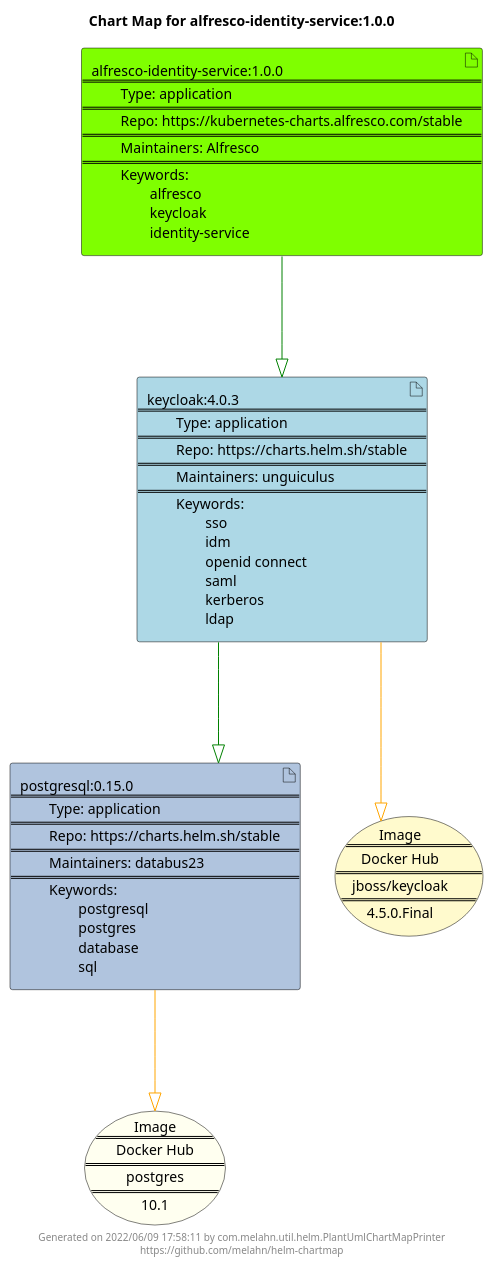
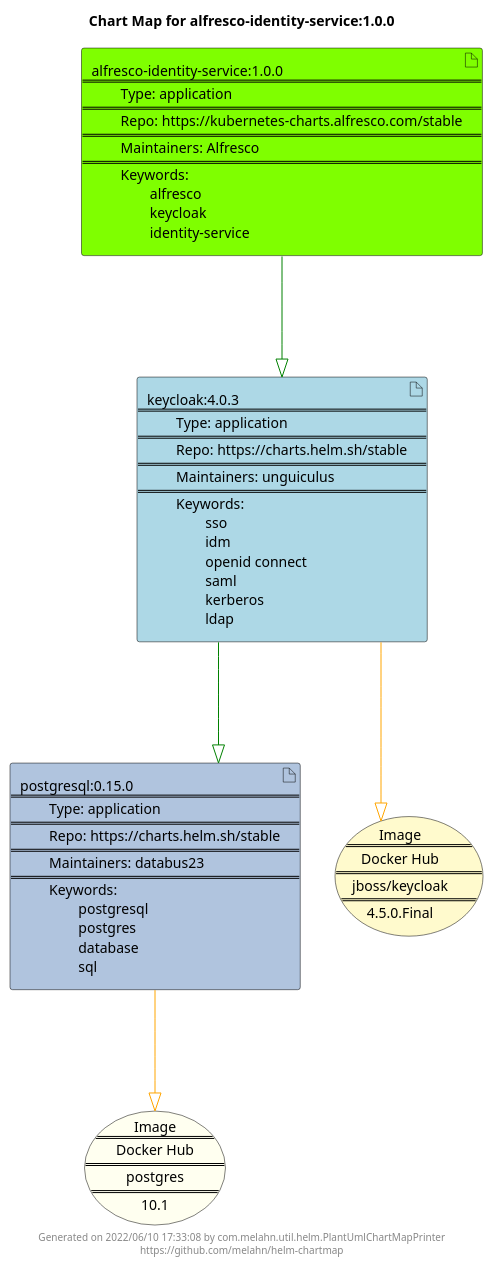
One commit to melahn/helm-chartmap changed the diagram in docs/alfresco-identity-service/alfresco-identity-service-1.0.0.puml. Above: the diagram before and after it, drawn with PlantUML. The commit also changed 58 other files, not shown here.

Commit message:
Update Example Chart Maps as part of GitHub build

```diff
--- a/docs/alfresco-identity-service/alfresco-identity-service-1.0.0.puml
+++ b/docs/alfresco-identity-service/alfresco-identity-service-1.0.0.puml
@@ -1,27 +1,27 @@
 @startuml
 skinparam linetype ortho
 skinparam backgroundColor white
 skinparam usecaseBorderColor black
 skinparam usecaseArrowColor LightSlateGray
 skinparam artifactBorderColor black
 skinparam artifactArrowColor LightSlateGray
 
 title Chart Map for alfresco-identity-service:1.0.0
 
 'There are 3 referenced Helm Charts
 artifact "keycloak:4.0.3\n====\n\tType: application\n====\n\tRepo: https://charts.helm.sh/stable\n====\n\tMaintainers: unguiculus\n====\n\tKeywords: \n\t\tsso\n\t\tidm\n\t\topenid connect\n\t\tsaml\n\t\tkerberos\n\t\tldap" as keycloak_4_0_3 #LightBlue
 artifact "alfresco-identity-service:1.0.0\n====\n\tType: application\n====\n\tRepo: https://kubernetes-charts.alfresco.com/stable\n====\n\tMaintainers: Alfresco\n====\n\tKeywords: \n\t\talfresco\n\t\tkeycloak\n\t\tidentity-service" as alfresco_identity_service_1_0_0 #Chartreuse
 artifact "postgresql:0.15.0\n====\n\tType: application\n====\n\tRepo: https://charts.helm.sh/stable\n====\n\tMaintainers: databus23\n====\n\tKeywords: \n\t\tpostgresql\n\t\tpostgres\n\t\tdatabase\n\t\tsql" as postgresql_0_15_0 #LightSteelBlue
 
 'There are 2 referenced Docker Images
 usecase "Image\n====\nDocker Hub\n====\npostgres\n====\n10.1" as postgres_10_1 #Ivory
 usecase "Image\n====\nDocker Hub\n====\njboss/keycloak\n====\n4.5.0.Final" as jboss_keycloak_4_5_0_Final #LemonChiffon
 
 'Chart Dependencies
 alfresco_identity_service_1_0_0--[#green]-|>keycloak_4_0_3
 keycloak_4_0_3--[#green]-|>postgresql_0_15_0
 keycloak_4_0_3--[#orange]-|>jboss_keycloak_4_5_0_Final
 postgresql_0_15_0--[#orange]-|>postgres_10_1
 
-center footer Generated on 2022/06/09 17:58:11 by com.melahn.util.helm.PlantUmlChartMapPrinter\nhttps://github.com/melahn/helm-chartmap
+center footer Generated on 2022/06/10 17:33:08 by com.melahn.util.helm.PlantUmlChartMapPrinter\nhttps://github.com/melahn/helm-chartmap
 @enduml
```
